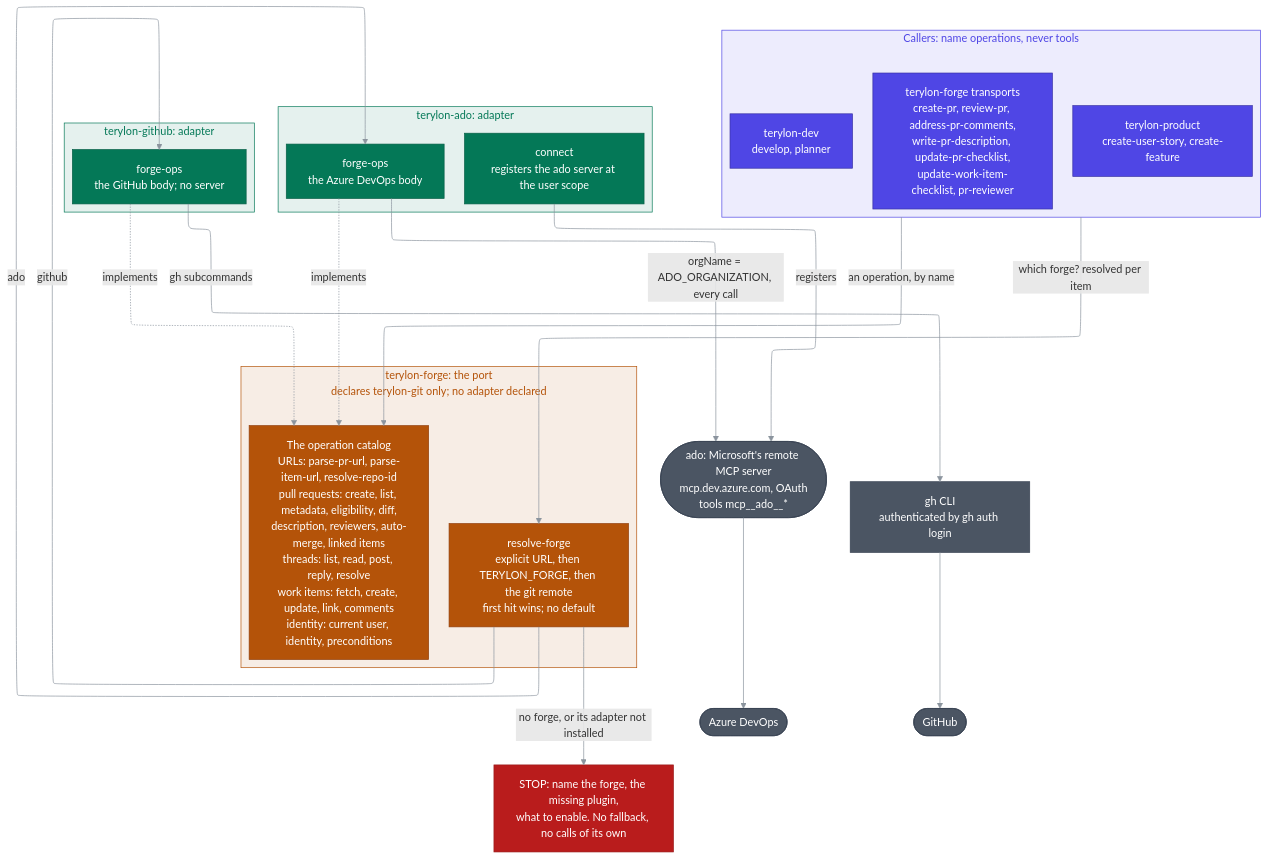
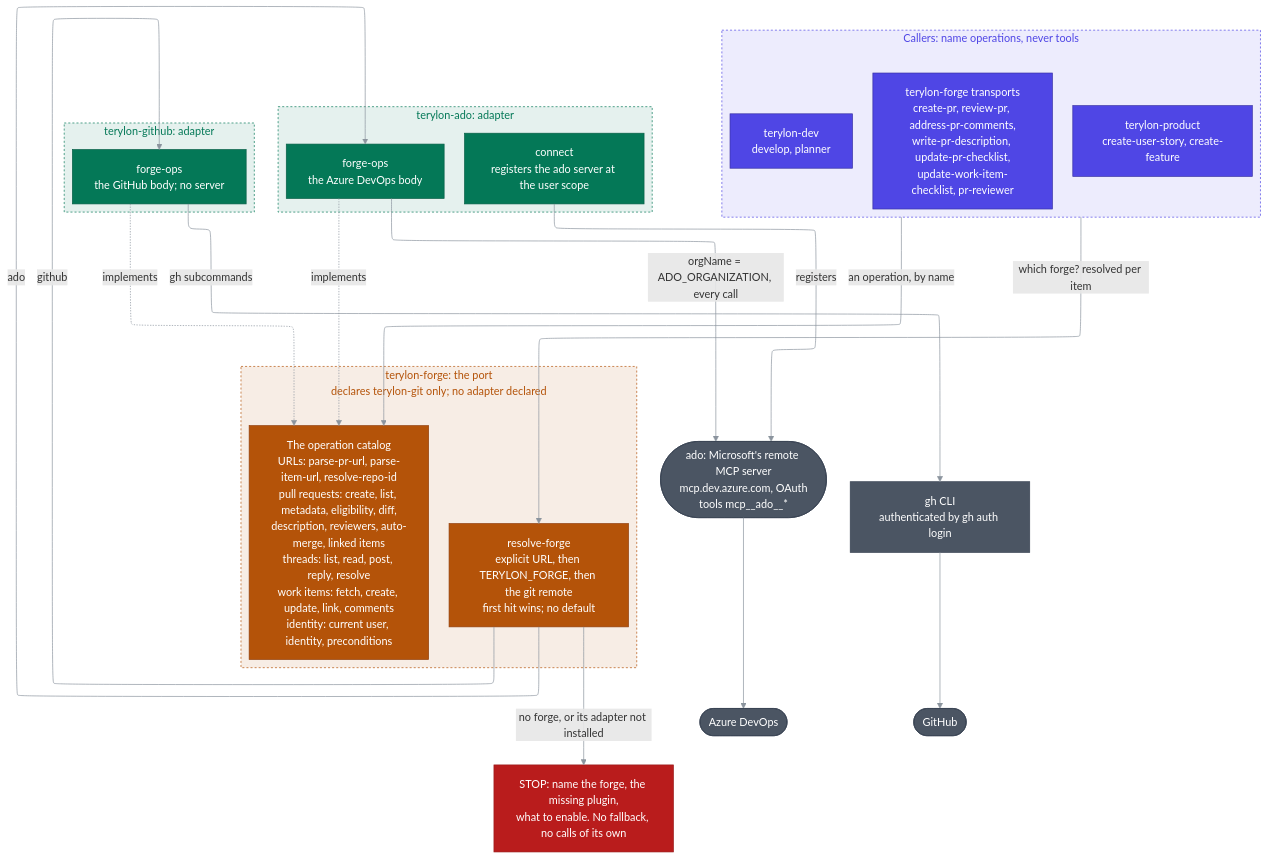
One commit to janecekvit/terylon-marketplace changed the first of 2 diagrams in docs/architecture/README.md. Above: the diagram before and after it, drawn with Mermaid. The commit also changed other lines of this file and 82 other files, not shown here.

First line of the commit message:
Bring every skill to the Agent Skills specification; adopt the comment, documentation and diagram rules (#47)

````diff
--- a/docs/architecture/README.md
+++ b/docs/architecture/README.md
@@ -19,15 +19,10 @@
 ```mermaid
----
-config:
-  layout: elk
-  flowchart:
-    padding: 16
----
+flowchart TD
+%%{init: {"layout": "elk", "flowchart": {"padding": 16}}}%%
 %% The forge port: who names an operation, who resolves the forge, and which adapter's body runs it.
 %% The source of truth is this block: edit it here; nothing is generated from it.
 %% Why it is a port at all: port-and-adapter-split.md. The resolution step by step:
 %% ../flows/forge-resolution.md.
-flowchart TD
     %% One colour per kind, the palette of .claude/rules/markdown.md: callers (indigo), the port (amber),
     %% adapters (green), the stop (red), platforms outside the marketplace (grey).
     %% No theme is set, so GitHub draws the block in its light or dark theme.
@@ -100,9 +95,9 @@
     githubForgeOps -->|"gh subcommands"| gh
     gh --> githubCom
 
-    style callers fill:#4F46E51A,stroke:#4F46E5,color:#4F46E5
-    style port fill:#B453091A,stroke:#B45309,color:#B45309
-    style ado fill:#0478571A,stroke:#047857,color:#047857
-    style github fill:#0478571A,stroke:#047857,color:#047857
+    style callers fill:#4F46E51A,stroke:#4F46E5,color:#4F46E5,stroke-dasharray:3 3
+    style port fill:#B453091A,stroke:#B45309,color:#B45309,stroke-dasharray:3 3
+    style ado fill:#0478571A,stroke:#047857,color:#047857,stroke-dasharray:3 3
+    style github fill:#0478571A,stroke:#047857,color:#047857,stroke-dasharray:3 3
     linkStyle default stroke:#8B949E
 ```
````
